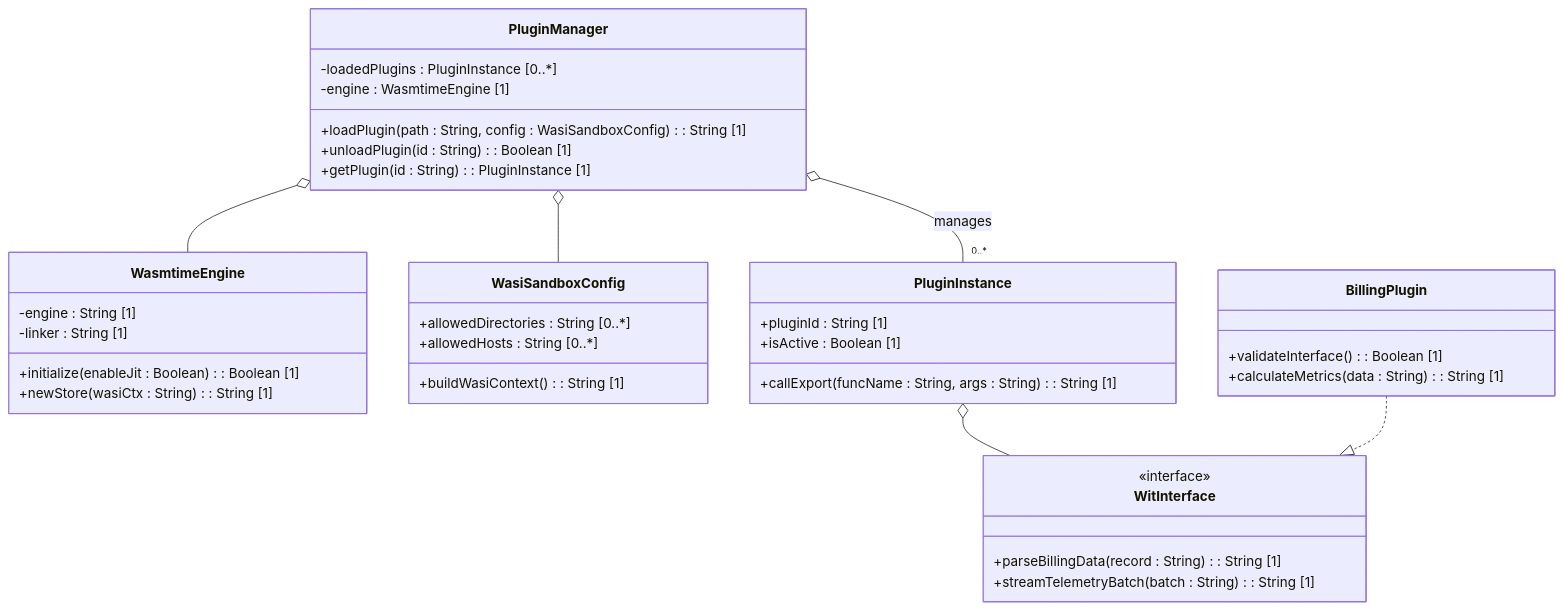
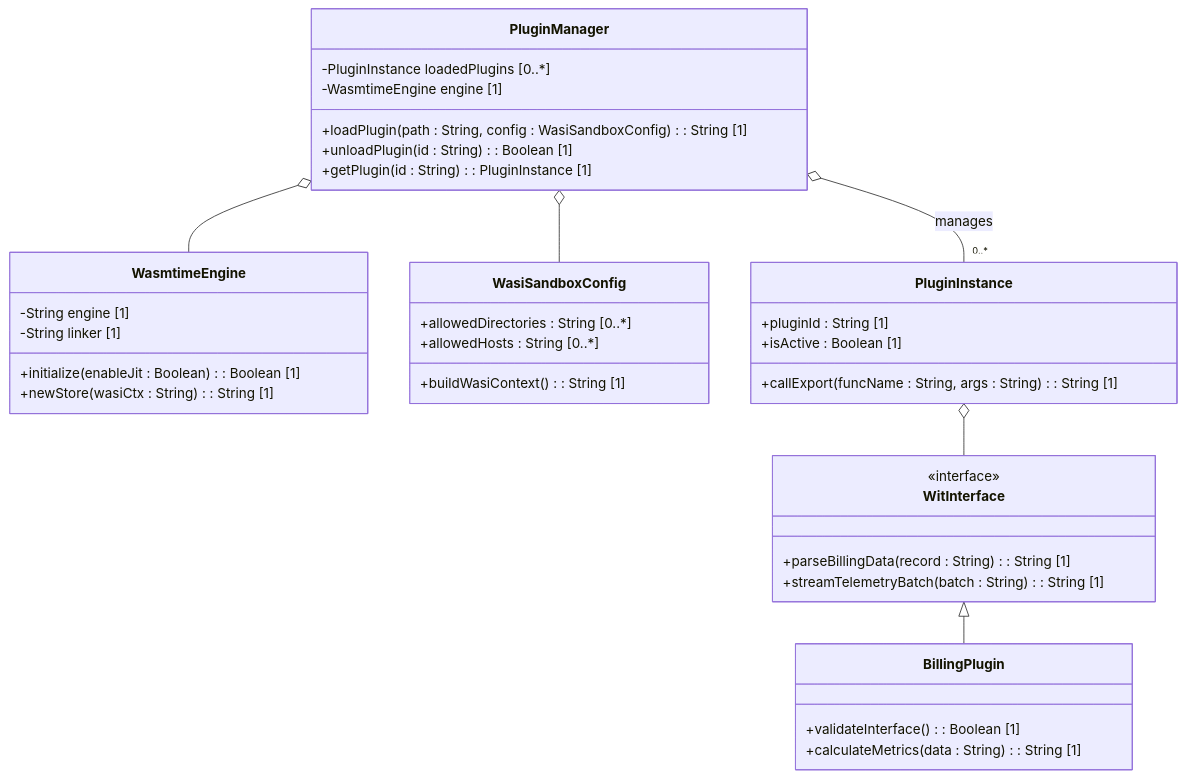
Before and after one commit to gintatkinson/3dgs-phoenix: the second of 3 diagrams in docs/epics/epic-04-wasm-extensibility.md, drawn with Mermaid. The commit also changed 2 other files, not shown here.

Commit message:
docs: align headers in epic-03-gpu-bridge.md and update implementation plan

````diff
--- a/docs/epics/epic-04-wasm-extensibility.md
+++ b/docs/epics/epic-04-wasm-extensibility.md
@@ -191,41 +191,41 @@
 ```mermaid
 classDiagram
     class WasmtimeEngine {
-        -engine : String [1]
-        -linker : String [1]
+        -String engine [1]
+        -String linker [1]
         +initialize(enableJit : Boolean) : Boolean [1]
         +newStore(wasiCtx : String) : String [1]
     }
     class WasiSandboxConfig {
         +allowedDirectories : String [0..*]
         +allowedHosts : String [0..*]
         +buildWasiContext() : String [1]
     }
     class PluginManager {
-        -loadedPlugins : PluginInstance [0..*]
-        -engine : WasmtimeEngine [1]
+        -PluginInstance loadedPlugins [0..*]
+        -WasmtimeEngine engine [1]
         +loadPlugin(path : String, config : WasiSandboxConfig) : String [1]
         +unloadPlugin(id : String) : Boolean [1]
         +getPlugin(id : String) : PluginInstance [1]
     }
     class WitInterface {
         <<interface>>
         +parseBillingData(record : String) : String [1]
         +streamTelemetryBatch(batch : String) : String [1]
     }
     class BillingPlugin {
         +validateInterface() : Boolean [1]
         +calculateMetrics(data : String) : String [1]
     }
     class PluginInstance {
         +pluginId : String [1]
         +isActive : Boolean [1]
         +callExport(funcName : String, args : String) : String [1]
     }
 
     PluginManager o-- WasmtimeEngine
     PluginManager o-- WasiSandboxConfig
     PluginManager o-- "0..*" PluginInstance : manages
     PluginInstance o-- WitInterface
-    BillingPlugin ..|> WitInterface
+    WitInterface <|-- BillingPlugin
 ```
````
